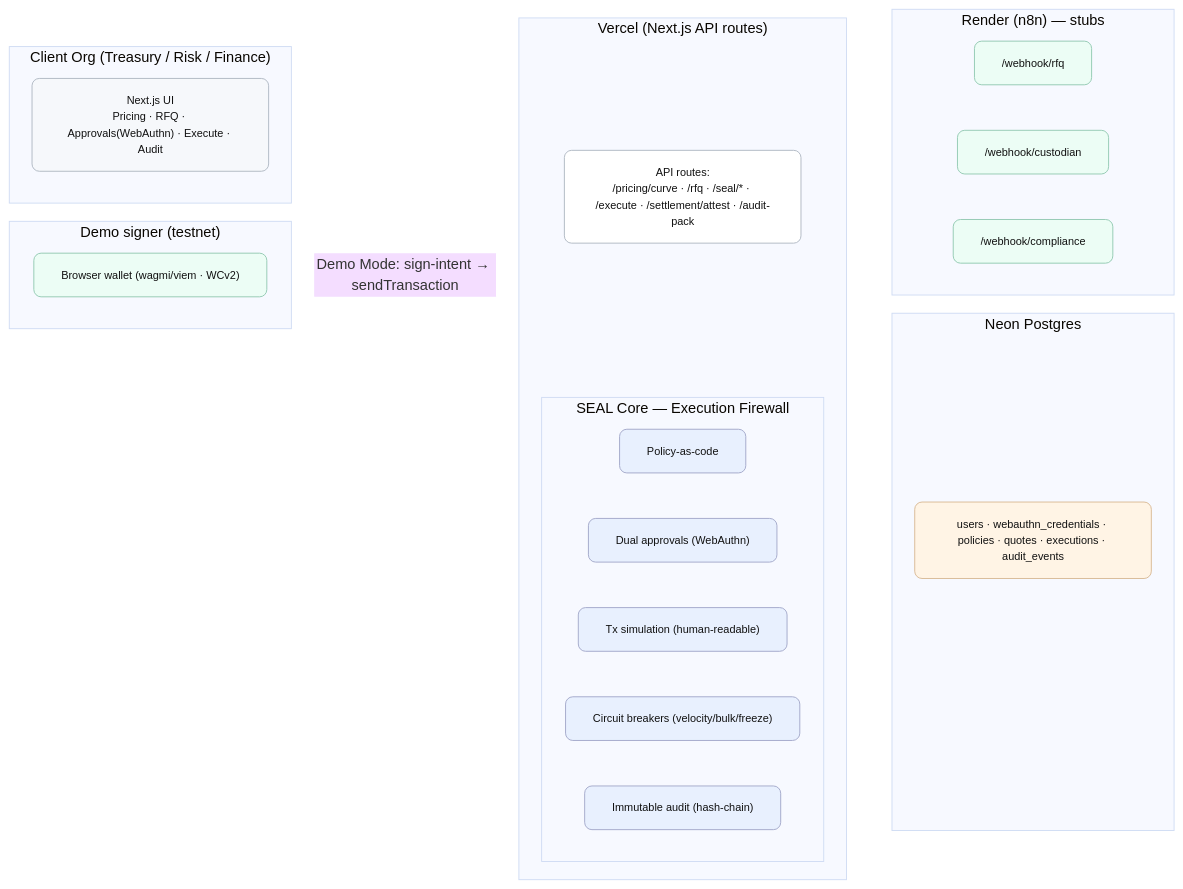
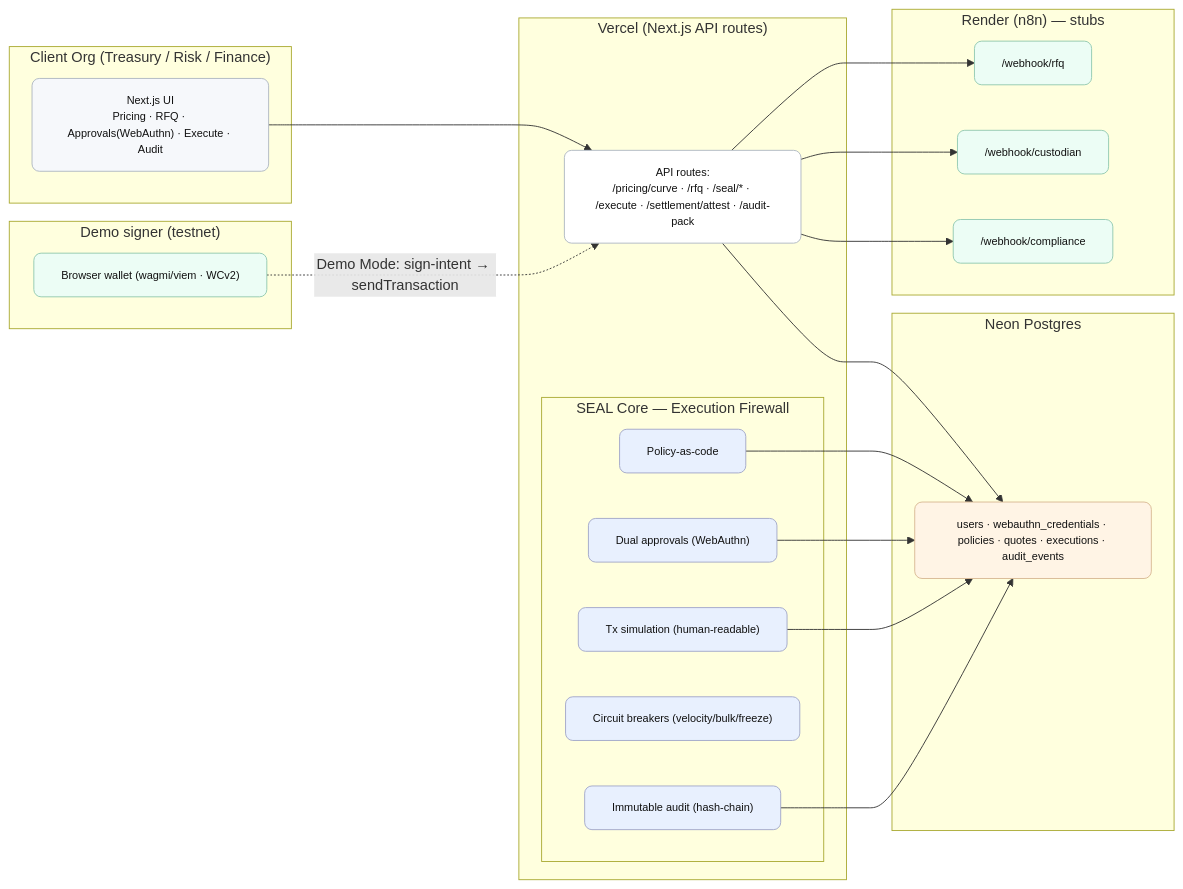
One commit to Chainology/kustodyfi changed the diagram in README.md. Above: the diagram before and after it, drawn with Mermaid.

Commit message:
new technical brief

````diff
--- a/README.md
+++ b/README.md
@@ -14,45 +14,44 @@
 ```mermaid
-%%{init: {"theme":"base","themeVariables":{"background":"transparent"}}}%%
 flowchart LR
   classDef box fill:#F6F8FB,stroke:#AEB7C2,rx:8,ry:8,color:#111,font-size:12px
   classDef white fill:#FFFFFF,stroke:#AEB7C2,rx:8,ry:8,color:#111,font-size:12px
   classDef seal fill:#E8F0FE,stroke:#A0A6C8,rx:8,ry:8,color:#111,font-size:12px
   classDef ext  fill:#ECFDF5,stroke:#90C8B0,rx:8,ry:8,color:#111,font-size:12px
   classDef ops  fill:#FFF4E5,stroke:#D8B892,rx:8,ry:8,color:#111,font-size:12px
 
   subgraph CLIENT["Client Org (Treasury / Risk / Finance)"]
     WEB["Next.js UI<br/>Pricing · RFQ · Approvals(WebAuthn) · Execute · Audit"]:::box
   end
   subgraph KF["Vercel (Next.js API routes)"]
     APIGW["API routes:<br/>/pricing/curve · /rfq · /seal/* · /execute · /settlement/attest · /audit-pack"]:::white
     subgraph SEAL["SEAL Core — Execution Firewall"]
       P["Policy-as-code"]:::seal
       A["Dual approvals (WebAuthn)"]:::seal
       S["Tx simulation (human-readable)"]:::seal
       B["Circuit breakers (velocity/bulk/freeze)"]:::seal
       L["Immutable audit (hash-chain)"]:::seal
     end
   end
   subgraph DATA["Neon Postgres"]
     DB["users · webauthn_credentials · policies · quotes · executions · audit_events"]:::ops
   end
   subgraph EXT["Render (n8n) — stubs"]
     RFQW["/webhook/rfq"]:::ext
     CUST["/webhook/custodian"]:::ext
     COMP["/webhook/compliance"]:::ext
   end
   subgraph WAL["Demo signer (testnet)"]
     WALLET["Browser wallet (wagmi/viem · WCv2)"]:::ext
   end
 
   WEB --> APIGW
   APIGW --> RFQW
   APIGW --> CUST
   APIGW --> COMP
   APIGW --> DB
   P --> DB
   A --> DB
   S --> DB
   L --> DB
   WALLET -. "Demo Mode: sign-intent → sendTransaction" .-> APIGW
 ```
````
